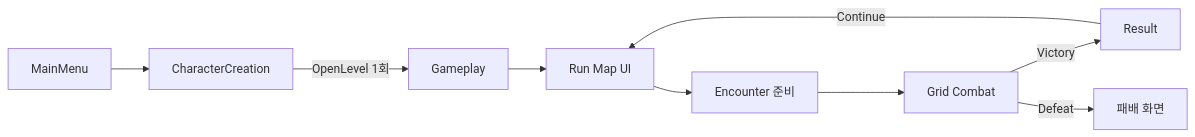
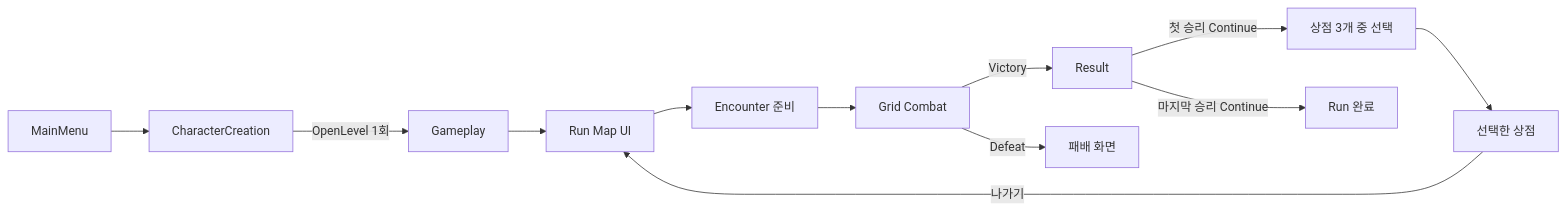
One commit to jaba001/ProjectA changed the diagram in Docs/PROJECT_PLAN.md. Above: the diagram before and after it, drawn with Mermaid. The commit also changed other lines of this file and 35 other files, not shown here.

````diff
--- a/Docs/PROJECT_PLAN.md
+++ b/Docs/PROJECT_PLAN.md
@@ -27,11 +27,14 @@
 ```mermaid
 flowchart LR
     A[MainMenu] --> B[CharacterCreation]
     B -->|OpenLevel 1회| C[Gameplay]
     C --> D[Run Map UI]
     D --> E[Encounter 준비]
     E --> F[Grid Combat]
     F -->|Victory| G[Result]
-    G -->|Continue| D
+    G -->|첫 승리 Continue| I[상점 3개 중 선택]
+    I --> J[선택한 상점]
+    J -->|나가기| D
+    G -->|마지막 승리 Continue| K[Run 완료]
     F -->|Defeat| H[패배 화면]
 ```
````
